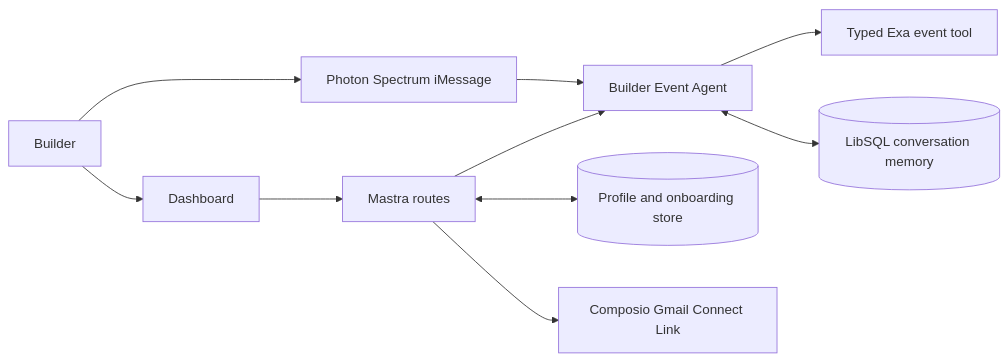
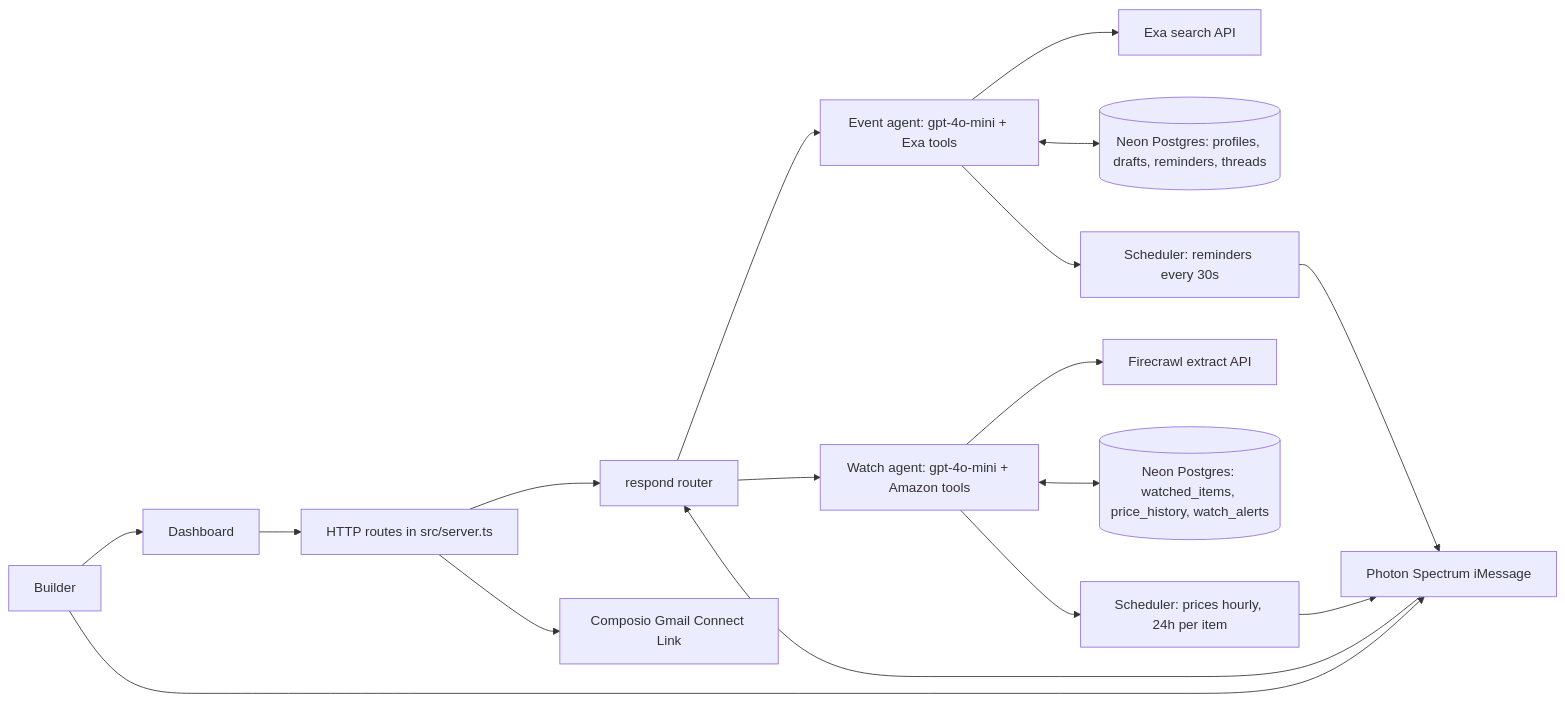
Before and after one commit to fozagtx/Okupy: the diagram in docs/architecture.md, drawn with Mermaid. The commit also changed other lines of this file and 19 other files, not shown here.

````diff
--- a/docs/architecture.md
+++ b/docs/architecture.md
@@ -5,12 +10,19 @@
 ```mermaid
 flowchart LR
   U[Builder] --> D[Dashboard]
   U --> P[Photon Spectrum iMessage]
-  D --> M[Mastra routes]
-  P --> A[Builder Event Agent]
-  M --> A
-  A --> X[Typed Exa event tool]
-  A <--> R[(LibSQL conversation memory)]
-  M <--> S[(Profile and onboarding store)]
-  M --> C[Composio Gmail Connect Link]
+  D --> R[HTTP routes in src/server.ts]
+  P --> RSP[respond router]
+  R --> RSP
+  RSP --> E[Event agent: gpt-4o-mini + Exa tools]
+  RSP --> W[Watch agent: gpt-4o-mini + Amazon tools]
+  E --> X[Exa search API]
+  W --> F[Firecrawl extract API]
+  E <--> N[(Neon Postgres: profiles, drafts, reminders, threads)]
+  W <--> N2[(Neon Postgres: watched_items, price_history, watch_alerts)]
+  R --> C[Composio Gmail Connect Link]
+  E --> S[Scheduler: reminders every 30s]
+  W --> WS[Scheduler: prices hourly, 24h per item]
+  S --> P
+  WS --> P
 ```
````
